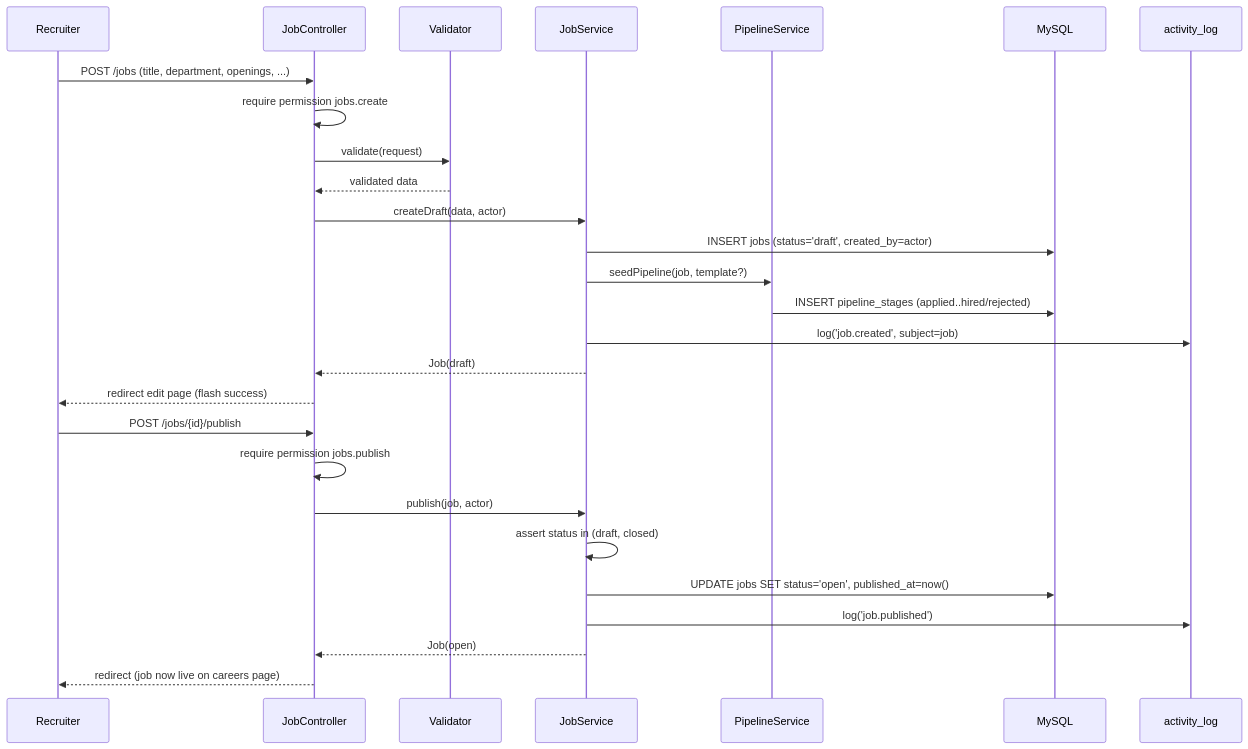
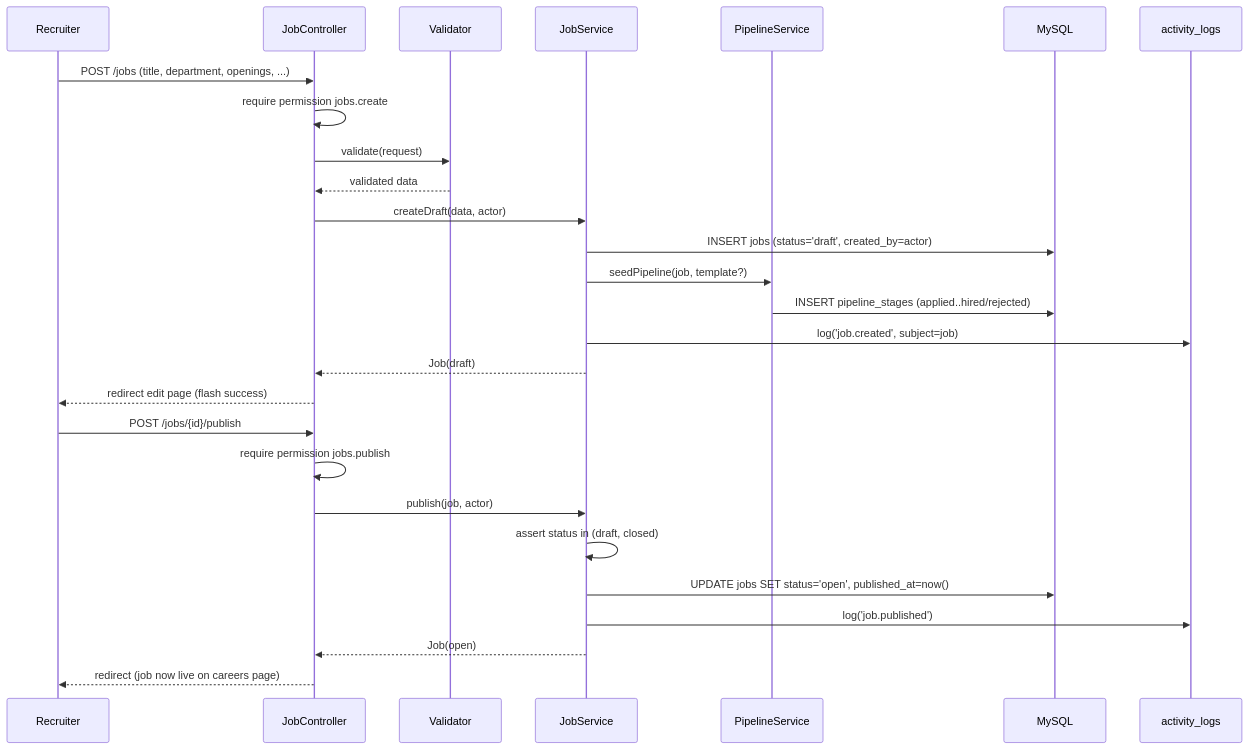
The third of 3 diagrams in docs/24-Job-Lifecycle.md (ammarnabileg/crm), drawn with Mermaid before and after one commit. The commit also changed other lines of this file and 26 other files, not shown here.

````diff
--- a/docs/24-Job-Lifecycle.md
+++ b/docs/24-Job-Lifecycle.md
@@ -90,31 +90,31 @@
 ```mermaid
 sequenceDiagram
     participant U as Recruiter
     participant C as JobController
     participant V as Validator
     participant JS as JobService
     participant PS as PipelineService
     participant DB as MySQL
-    participant AL as activity_log
+    participant AL as activity_logs
 
     U->>C: POST /jobs (title, department, openings, ...)
     C->>C: require permission jobs.create
     C->>V: validate(request)
     V-->>C: validated data
     C->>JS: createDraft(data, actor)
     JS->>DB: INSERT jobs (status='draft', created_by=actor)
     JS->>PS: seedPipeline(job, template?)
     PS->>DB: INSERT pipeline_stages (applied..hired/rejected)
     JS->>AL: log('job.created', subject=job)
     JS-->>C: Job(draft)
     C-->>U: redirect edit page (flash success)
 
     U->>C: POST /jobs/{id}/publish
     C->>C: require permission jobs.publish
     C->>JS: publish(job, actor)
     JS->>JS: assert status in (draft, closed)
     JS->>DB: UPDATE jobs SET status='open', published_at=now()
     JS->>AL: log('job.published')
     JS-->>C: Job(open)
     C-->>U: redirect (job now live on careers page)
 ```
````
